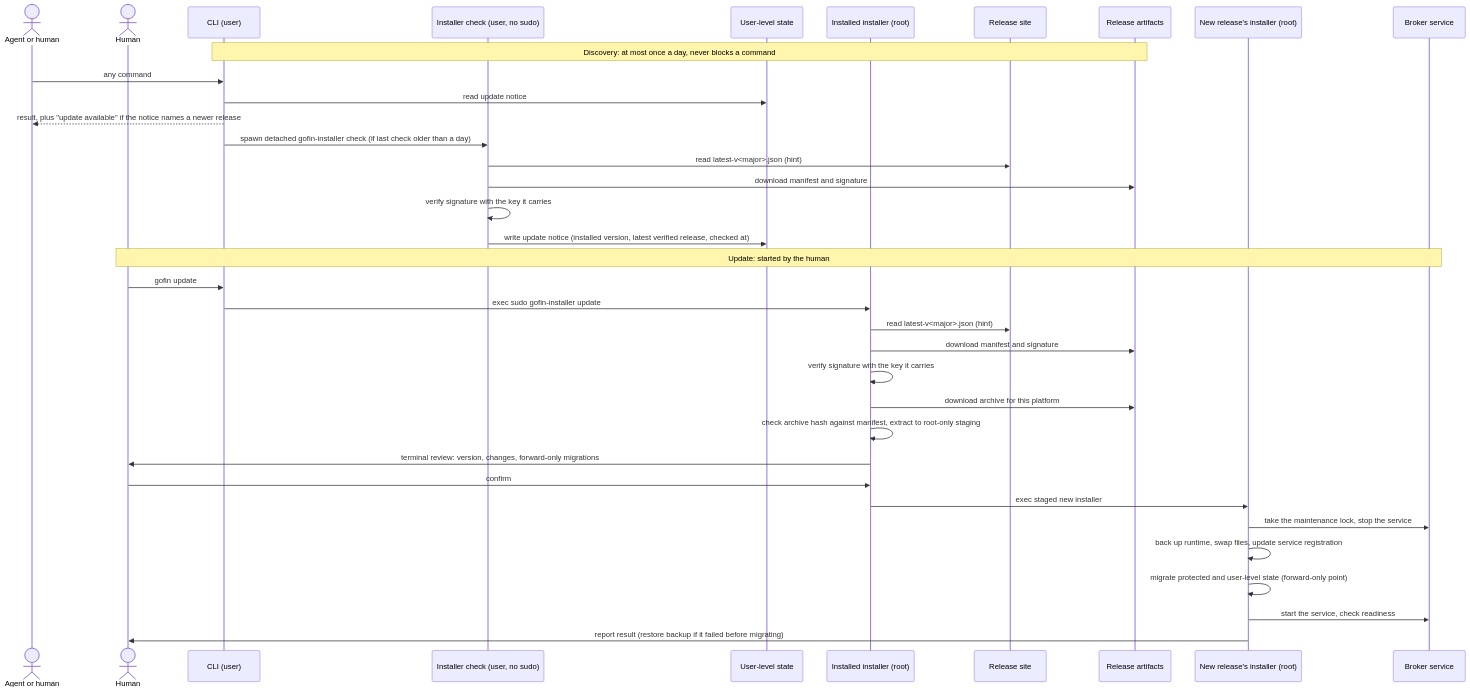
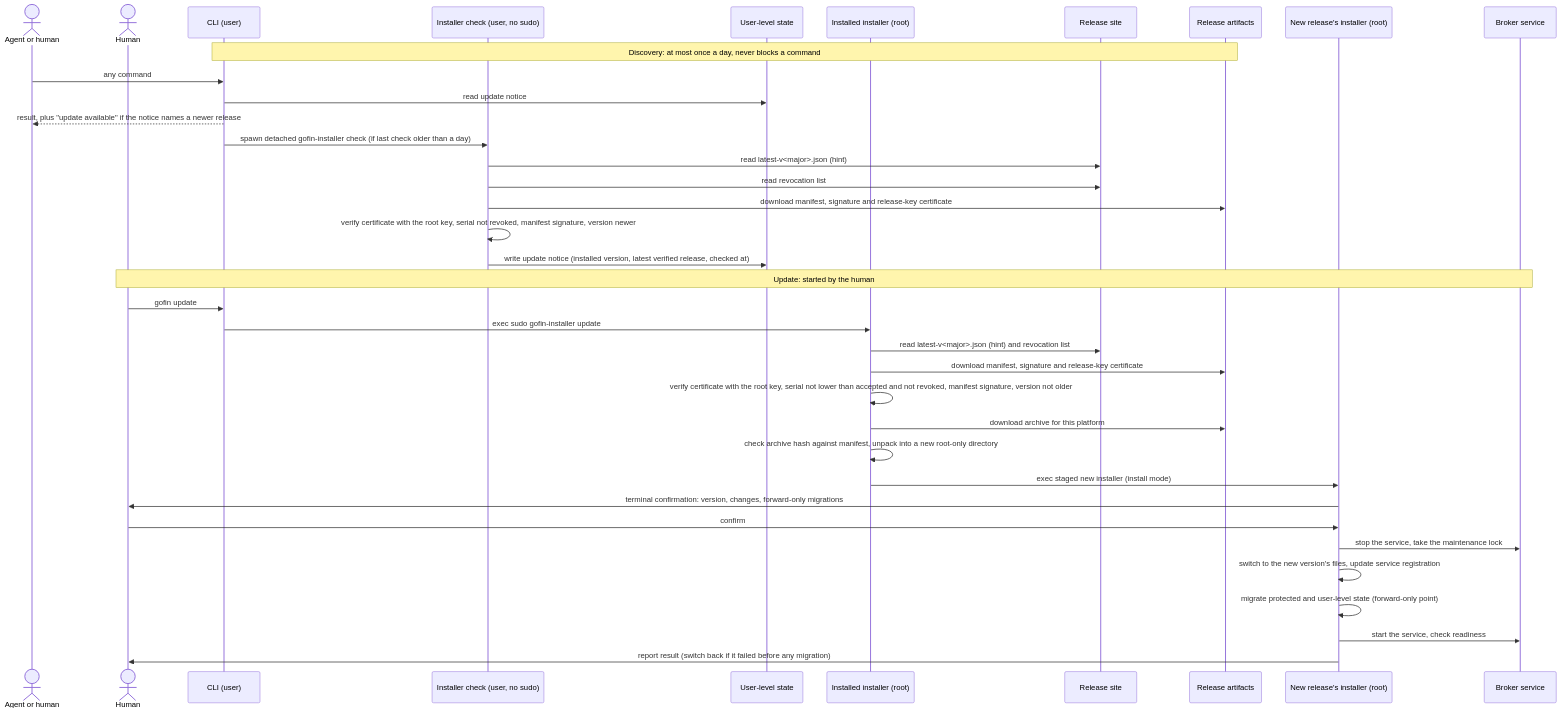
One commit to LimeChain/gofin-cli changed the fourth of 5 diagrams in docs/architecture/02-containers.md. Above: the diagram before and after it, drawn with Mermaid. The commit also changed other lines of this file and 9 other files, not shown here.

First line of the commit message:
Add release and signing architecture: signing tool, release builder, verifier library

````diff
--- a/docs/architecture/02-containers.md
+++ b/docs/architecture/02-containers.md
@@ -171,40 +216,41 @@
 ```mermaid
 sequenceDiagram
   actor User as Agent or human
   actor Human
   participant CLI as CLI (user)
   participant Check as Installer check (user, no sudo)
   participant State as User-level state
   participant Old as Installed installer (root)
   participant Site as Release site
   participant Artifacts as Release artifacts
   participant New as New release's installer (root)
   participant Broker as Broker service
 
   Note over CLI,Artifacts: Discovery: at most once a day, never blocks a command
   User->>CLI: any command
   CLI->>State: read update notice
   CLI-->>User: result, plus "update available" if the notice names a newer release
   CLI->>Check: spawn detached gofin-installer check (if last check older than a day)
   Check->>Site: read latest-v<major>.json (hint)
-  Check->>Artifacts: download manifest and signature
-  Check->>Check: verify signature with the key it carries
+  Check->>Site: read revocation list
+  Check->>Artifacts: download manifest, signature and release-key certificate
+  Check->>Check: verify certificate with the root key, serial not revoked, manifest signature, version newer
   Check->>State: write update notice (installed version, latest verified release, checked at)
 
   Note over Human,Broker: Update: started by the human
   Human->>CLI: gofin update
   CLI->>Old: exec sudo gofin-installer update
-  Old->>Site: read latest-v<major>.json (hint)
-  Old->>Artifacts: download manifest and signature
-  Old->>Old: verify signature with the key it carries
+  Old->>Site: read latest-v<major>.json (hint) and revocation list
+  Old->>Artifacts: download manifest, signature and release-key certificate
+  Old->>Old: verify certificate with the root key, serial not lower than accepted and not revoked, manifest signature, version not older
   Old->>Artifacts: download archive for this platform
-  Old->>Old: check archive hash against manifest, extract to root-only staging
-  Old->>Human: terminal review: version, changes, forward-only migrations
-  Human->>Old: confirm
-  Old->>New: exec staged new installer
-  New->>Broker: take the maintenance lock, stop the service
-  New->>New: back up runtime, swap files, update service registration
+  Old->>Old: check archive hash against manifest, unpack into a new root-only directory
+  Old->>New: exec staged new installer (install mode)
+  New->>Human: terminal confirmation: version, changes, forward-only migrations
+  Human->>New: confirm
+  New->>Broker: stop the service, take the maintenance lock
+  New->>New: switch to the new version's files, update service registration
   New->>New: migrate protected and user-level state (forward-only point)
   New->>Broker: start the service, check readiness
-  New->>Human: report result (restore backup if it failed before migrating)
+  New->>Human: report result (switch back if it failed before any migration)
 ```
````
